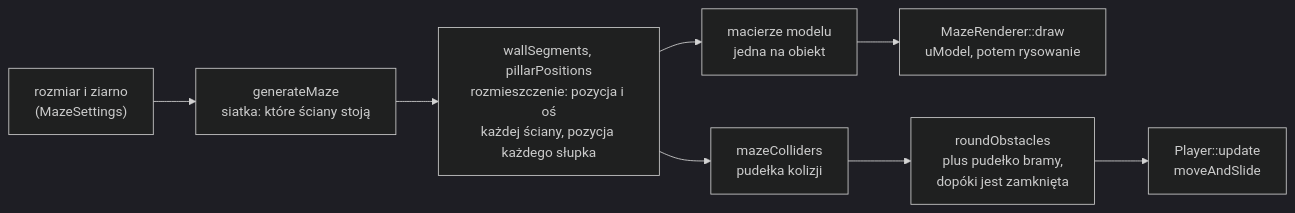
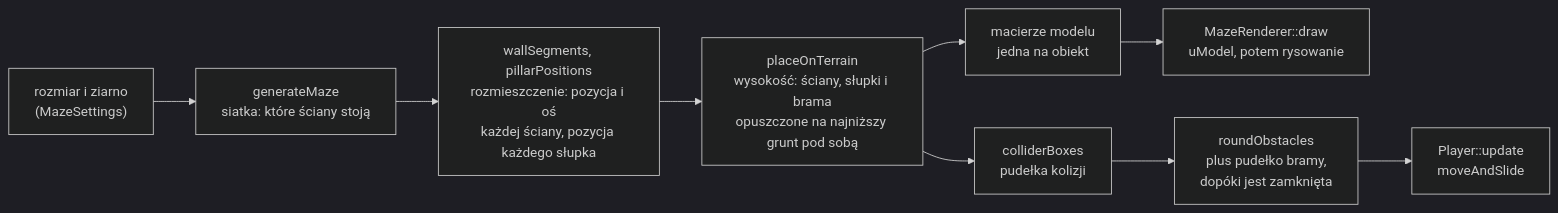
Before and after one commit to Shironex/night-maze: the first of 2 diagrams in docs/modules/game/maze-rendering.md, drawn with Mermaid (dark theme). The commit also changed other lines of this file and 30 other files, not shown here.

Commit message:
feat(game): stand the maze, crystals and player on the terrain

````diff
--- a/docs/modules/game/maze-rendering.md
+++ b/docs/modules/game/maze-rendering.md
@@ -30,10 +31,11 @@
 ```mermaid
 flowchart LR
     A["rozmiar i ziarno<br>(MazeSettings)"] --> B["generateMaze<br>siatka: które ściany stoją"]
     B --> C["wallSegments, pillarPositions<br>rozmieszczenie: pozycja i oś<br>każdej ściany, pozycja każdego słupka"]
-    C --> D["macierze modelu<br>jedna na obiekt"]
-    C --> E["mazeColliders<br>pudełka kolizji"]
+    C --> T["placeOnTerrain<br>wysokość: ściany, słupki i brama<br>opuszczone na najniższy grunt pod sobą"]
+    T --> D["macierze modelu<br>jedna na obiekt"]
+    T --> E["colliderBoxes<br>pudełka kolizji"]
     D --> F["MazeRenderer::draw<br>uModel, potem rysowanie"]
     E --> R["roundObstacles<br>plus pudełko bramy,<br>dopóki jest zamknięta"]
     R --> G["Player::update<br>moveAndSlide"]
 ```
````
